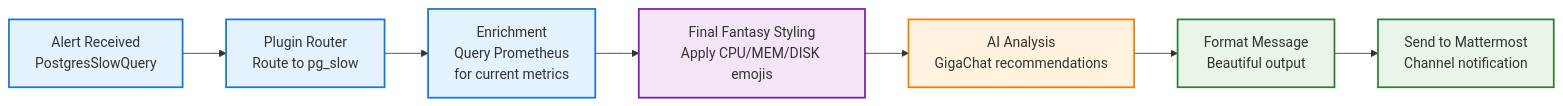
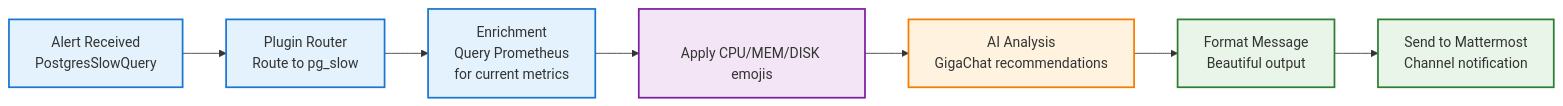
Before and after one commit to Genacvali/seed: the second of 4 diagrams in mermaid_diagram.md, drawn with Mermaid.

````diff
--- a/mermaid_diagram.md
+++ b/mermaid_diagram.md
@@ -34,19 +34,19 @@
 ```mermaid
 flowchart LR
     A["Alert Received<br/>PostgresSlowQuery"] --> B["Plugin Router<br/>Route to pg_slow"]
     B --> C["Enrichment<br/>Query Prometheus<br/>for current metrics"]
-    C --> D["Final Fantasy Styling<br/>Apply CPU/MEM/DISK emojis"]
+    C --> D["<br/>Apply CPU/MEM/DISK emojis"]
     D --> E["AI Analysis<br/>GigaChat recommendations"]
     E --> F["Format Message<br/>Beautiful output"]
     F --> G["Send to Mattermost<br/>Channel notification"]
     
     classDef process fill:#e3f2fd,stroke:#1976d2,stroke-width:2px
     classDef styling fill:#f3e5f5,stroke:#7b1fa2,stroke-width:2px
     classDef ai fill:#fff3e0,stroke:#f57c00,stroke-width:2px
     classDef output fill:#e8f5e8,stroke:#2e7d32,stroke-width:2px
     
     class A,B,C process
     class D styling
     class E ai
     class F,G output
 ```
````
